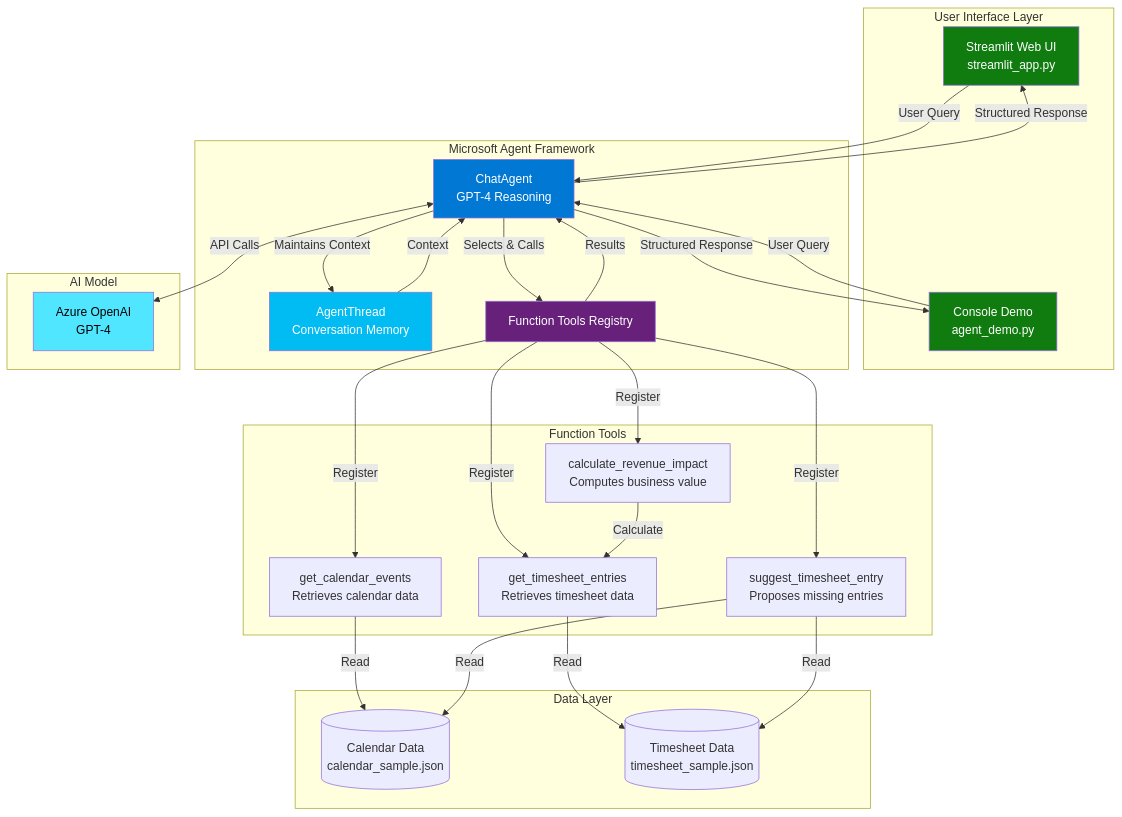
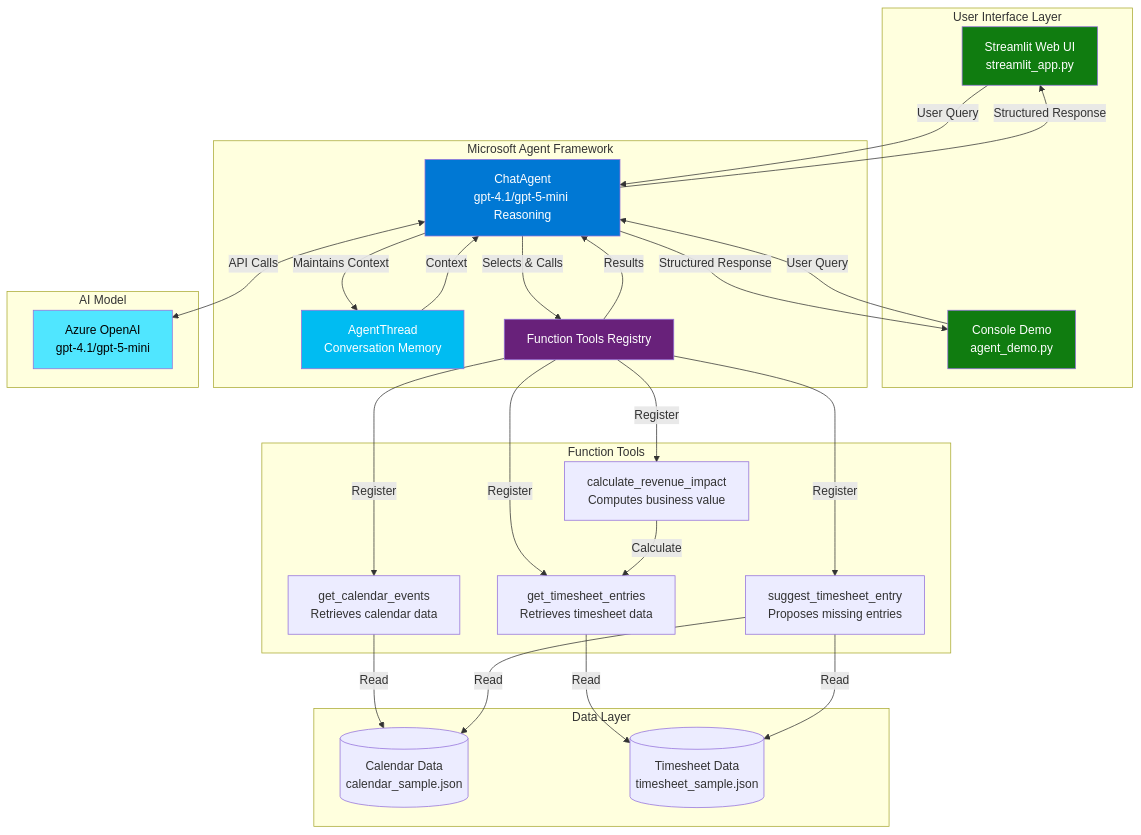
The first of 3 diagrams in ccg-presentation/Architecture_Diagram.md (Arturo-Quiroga-MSFT/ttu-agentic-revolution-challenge), drawn with Mermaid before and after one commit. The commit also changed other lines of this file and 4 other files, not shown here.

Commit message:
modified presentation, added mermaid diagrams

````diff
--- a/ccg-presentation/Architecture_Diagram.md
+++ b/ccg-presentation/Architecture_Diagram.md
@@ -7,55 +7,55 @@
 ```mermaid
 graph TB
     subgraph "User Interface Layer"
         UI1[Streamlit Web UI<br/>streamlit_app.py]
         UI2[Console Demo<br/>agent_demo.py]
     end
 
     subgraph "Microsoft Agent Framework"
-        Agent[ChatAgent<br/>GPT-4 Reasoning]
+        Agent[ChatAgent<br/>gpt-4.1/gpt-5-mini Reasoning]
         Thread[AgentThread<br/>Conversation Memory]
         Tools[Function Tools Registry]
     end
 
     subgraph "Function Tools"
         T1[get_calendar_events<br/>Retrieves calendar data]
         T2[get_timesheet_entries<br/>Retrieves timesheet data]
         T3[suggest_timesheet_entry<br/>Proposes missing entries]
         T4[calculate_revenue_impact<br/>Computes business value]
     end
 
     subgraph "Data Layer"
         D1[(Calendar Data<br/>calendar_sample.json)]
         D2[(Timesheet Data<br/>timesheet_sample.json)]
     end
 
     subgraph "AI Model"
-        Azure[Azure OpenAI<br/>GPT-4]
+        Azure[Azure OpenAI<br/>gpt-4.1/gpt-5-mini]
     end
 
     UI1 -->|User Query| Agent
     UI2 -->|User Query| Agent
     Agent -->|Maintains Context| Thread
     Agent -->|Selects & Calls| Tools
     Tools -->|Register| T1
     Tools -->|Register| T2
     Tools -->|Register| T3
     Tools -->|Register| T4
     T1 -->|Read| D1
     T2 -->|Read| D2
     T3 -->|Read| D1
     T3 -->|Read| D2
     T4 -->|Calculate| T2
     Agent <-->|API Calls| Azure
     Thread -->|Context| Agent
     Tools -->|Results| Agent
     Agent -->|Structured Response| UI1
     Agent -->|Structured Response| UI2
 
     style Agent fill:#0078d4,color:#fff
     style Azure fill:#50e6ff,color:#000
     style Thread fill:#00bcf2,color:#fff
     style Tools fill:#68217a,color:#fff
     style UI1 fill:#107c10,color:#fff
     style UI2 fill:#107c10,color:#fff
 ```
````
